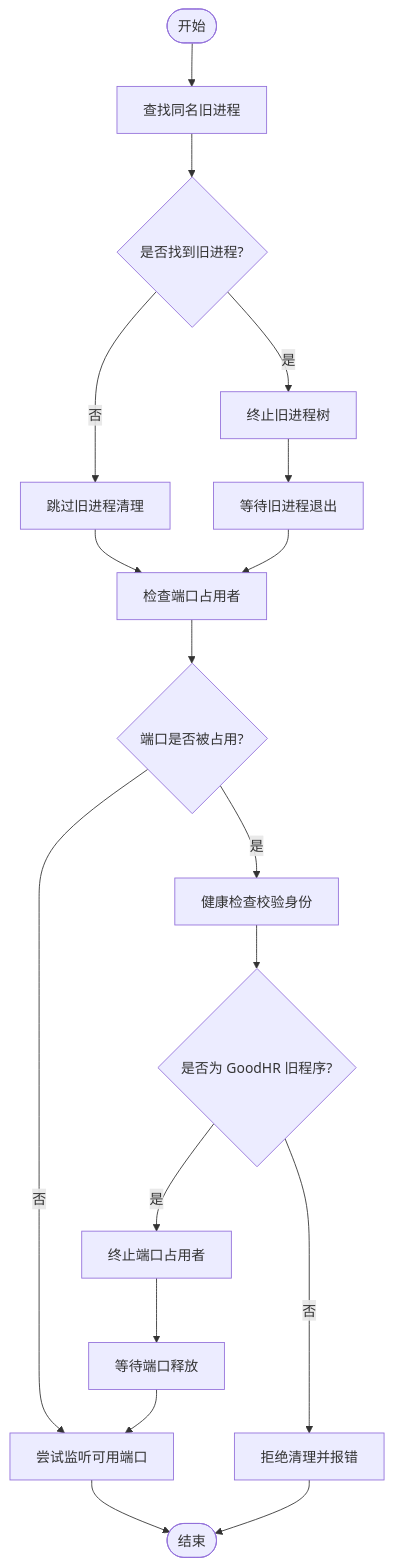
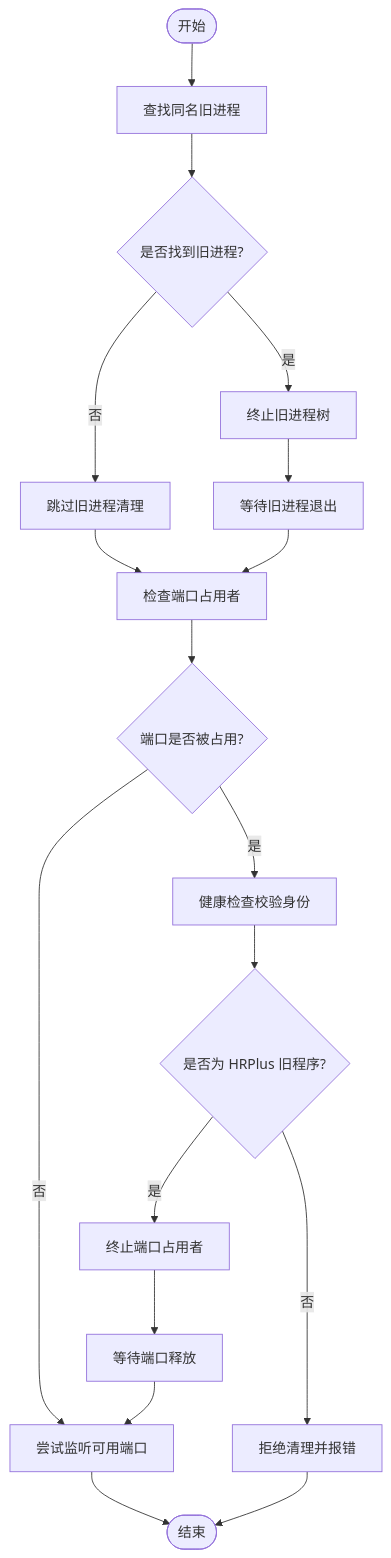
One commit to alvinwangzi/goodhr changed the third of 8 diagrams in .qoder/repowiki/zh/content/本地执行器/核心架构/进程控制.md. Above: the diagram before and after it, drawn with Mermaid. The commit also changed other lines of this file and 83 other files, not shown here.

Commit message:
docs: .qoder/repowiki 知识库品牌名 GoodHR 统一改为 HRPlus

````diff
--- a/.qoder/repowiki/zh/content/本地执行器/核心架构/进程控制.md
+++ b/.qoder/repowiki/zh/content/本地执行器/核心架构/进程控制.md
@@ -133,20 +133,20 @@
 ```mermaid
 flowchart TD
 Start(["开始"]) --> CheckOld["查找同名旧进程"]
 CheckOld --> Found{"是否找到旧进程?"}
 Found --> |是| TerminateOld["终止旧进程树"]
 Found --> |否| SkipOld["跳过旧进程清理"]
 TerminateOld --> WaitOld["等待旧进程退出"]
 SkipOld --> CheckPort["检查端口占用者"]
 WaitOld --> CheckPort
 CheckPort --> PortOccupied{"端口是否被占用?"}
 PortOccupied --> |否| ListenPort["尝试监听可用端口"]
 PortOccupied --> |是| VerifyHealth["健康检查校验身份"]
-VerifyHealth --> IsGoodHR{"是否为 GoodHR 旧程序?"}
-IsGoodHR --> |是| TerminateOwner["终止端口占用者"]
-IsGoodHR --> |否| Abort["拒绝清理并报错"]
+VerifyHealth --> IsHRPlus{"是否为 HRPlus 旧程序?"}
+IsHRPlus --> |是| TerminateOwner["终止端口占用者"]
+IsHRPlus --> |否| Abort["拒绝清理并报错"]
 TerminateOwner --> WaitPort["等待端口释放"]
 WaitPort --> ListenPort
 ListenPort --> End(["结束"])
 Abort --> End
 ```
````
